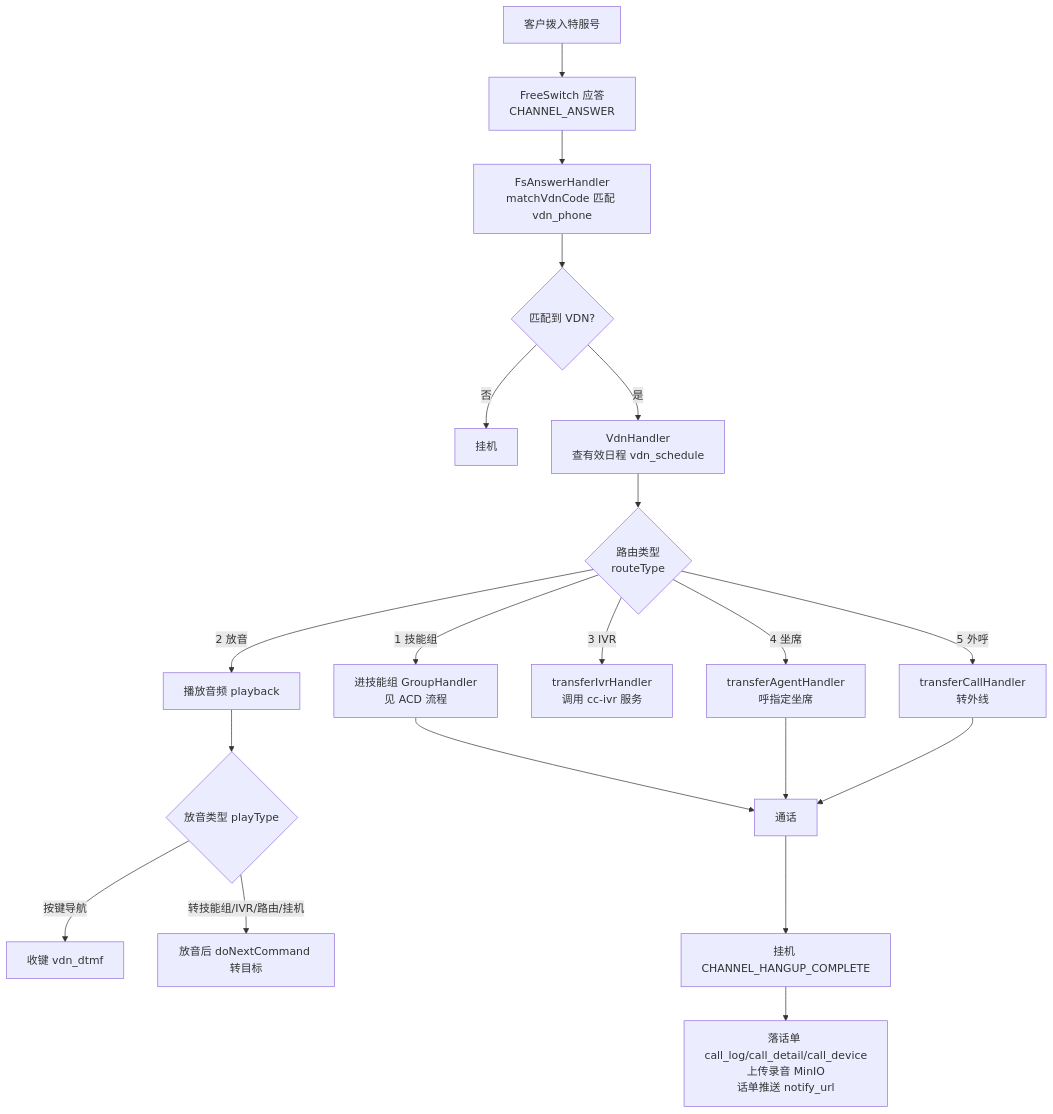
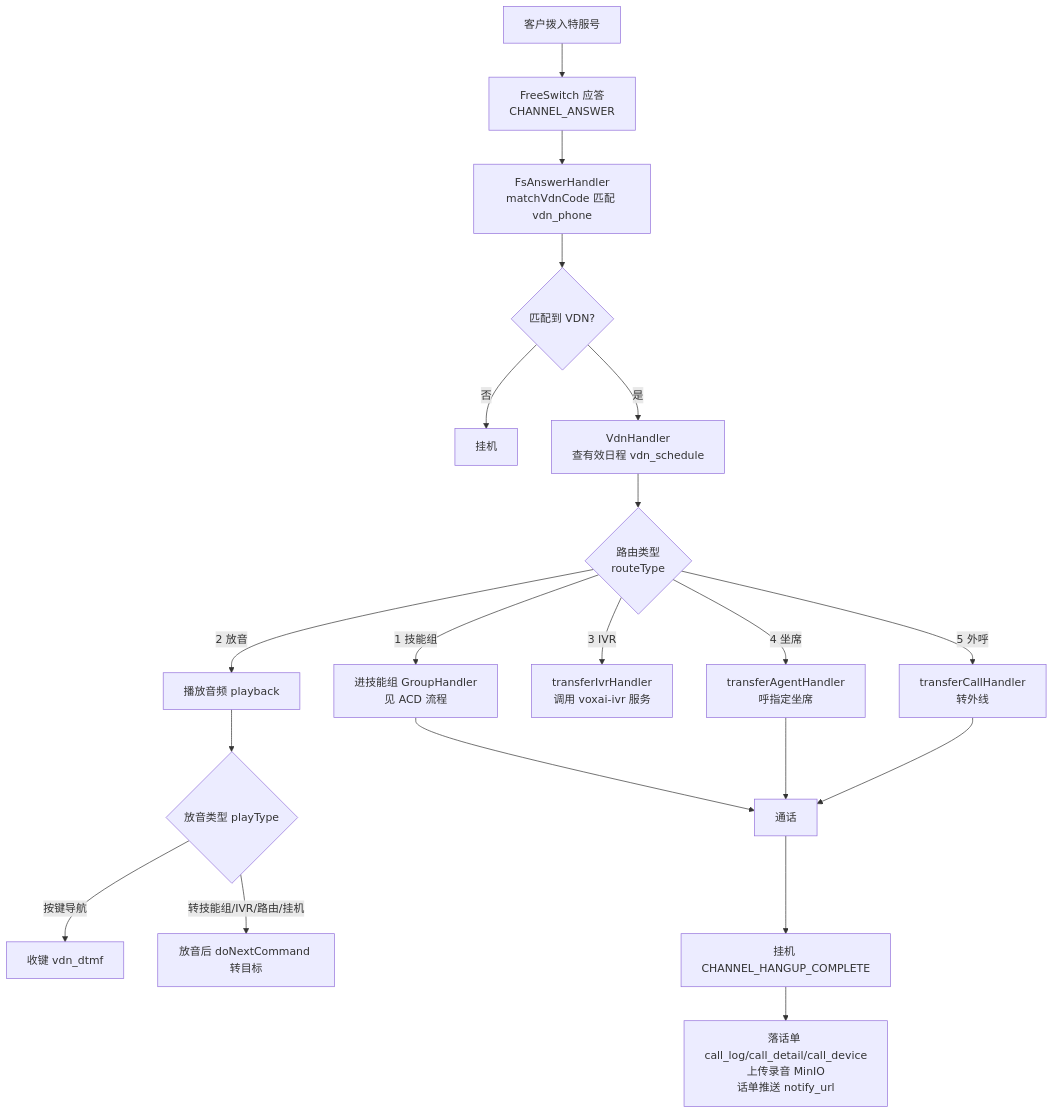
The second of 8 diagrams in docs/02-业务流程.md (dongjb741280/ai-call-center), drawn with Mermaid before and after one commit. The commit also changed other lines of this file and 83 other files, not shown here.

First line of the commit message:
feat(ivr): add voxai-ivr IVR engine module

````diff
--- a/docs/02-业务流程.md
+++ b/docs/02-业务流程.md
@@ -49,22 +49,22 @@
 ```mermaid
 flowchart TD
     A[客户拨入特服号] --> B[FreeSwitch 应答<br/>CHANNEL_ANSWER]
     B --> C["FsAnswerHandler<br/>matchVdnCode 匹配 vdn_phone"]
     C --> D{"匹配到 VDN?"}
     D -- 否 --> H1[挂机]
     D -- 是 --> E["VdnHandler<br/>查有效日程 vdn_schedule"]
     E --> F{"路由类型<br/>routeType"}
     F -- "1 技能组" --> G1["进技能组 GroupHandler<br/>见 ACD 流程"]
     F -- "2 放音" --> G2["播放音频 playback"]
     G2 --> G2a{"放音类型 playType"}
     G2a -- "按键导航" --> G2b["收键 vdn_dtmf"]
     G2a -- "转技能组/IVR/路由/挂机" --> G2c["放音后 doNextCommand 转目标"]
-    F -- "3 IVR" --> G3["transferIvrHandler<br/>调用 cc-ivr 服务"]
+    F -- "3 IVR" --> G3["transferIvrHandler<br/>调用 voxai-ivr 服务"]
     F -- "4 坐席" --> G4["transferAgentHandler<br/>呼指定坐席"]
     F -- "5 外呼" --> G5["transferCallHandler<br/>转外线"]
     G1 --> TALK[通话]
     G4 --> TALK
     G5 --> TALK
     TALK --> H["挂机 CHANNEL_HANGUP_COMPLETE"]
     H --> CDR["落话单 call_log/call_detail/call_device<br/>上传录音 MinIO<br/>话单推送 notify_url"]
 ```
````
